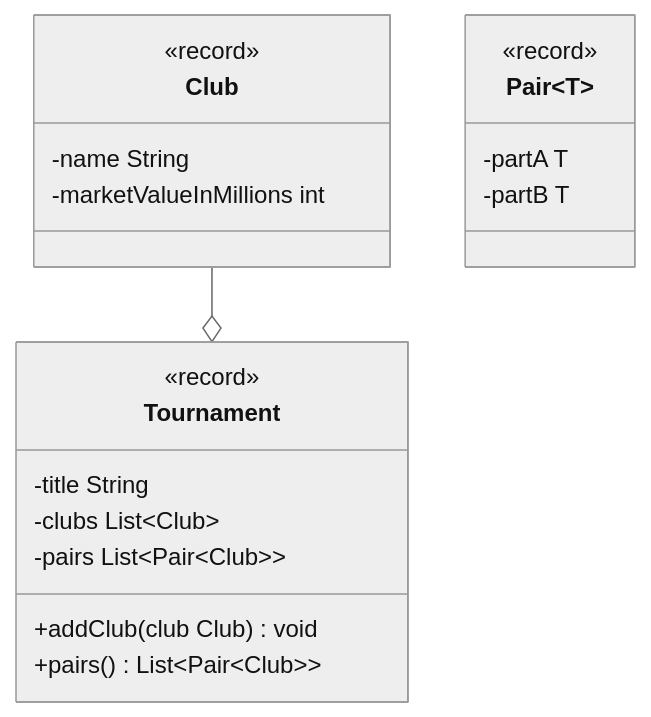
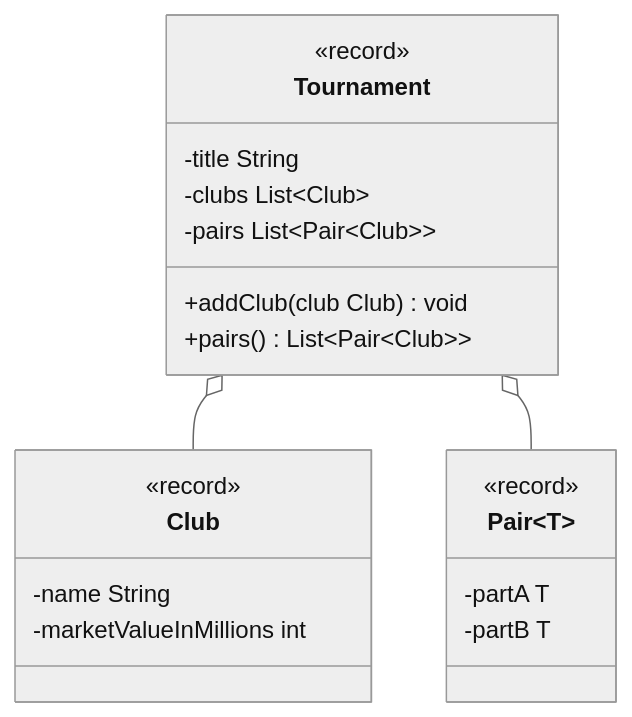
Before and after one commit to jappuccini/java-docs: the diagram in docs/exercises/generics/generics04.md, drawn with Mermaid (neutral theme).

````diff
--- a/docs/exercises/generics/generics04.md
+++ b/docs/exercises/generics/generics04.md
@@ -12,25 +12,26 @@
 ```mermaid
 classDiagram
-    Club --o Tournament
+    Tournament o-- Club
+    Tournament o-- Pair~T~
 
     class Pair~T~ {
         <<record>>
         -partA T
         -partB T
     }
 
     class Tournament {
         <<record>>
         -title String
         -clubs List~Club~
         -pairs List~Pair~Club~~
         +addClub(club Club) void
         +pairs() List~Pair~Club~~
     }
 
     class Club {
         <<record>>
         -name String
         -marketValueInMillions int
     }
 ```
````
